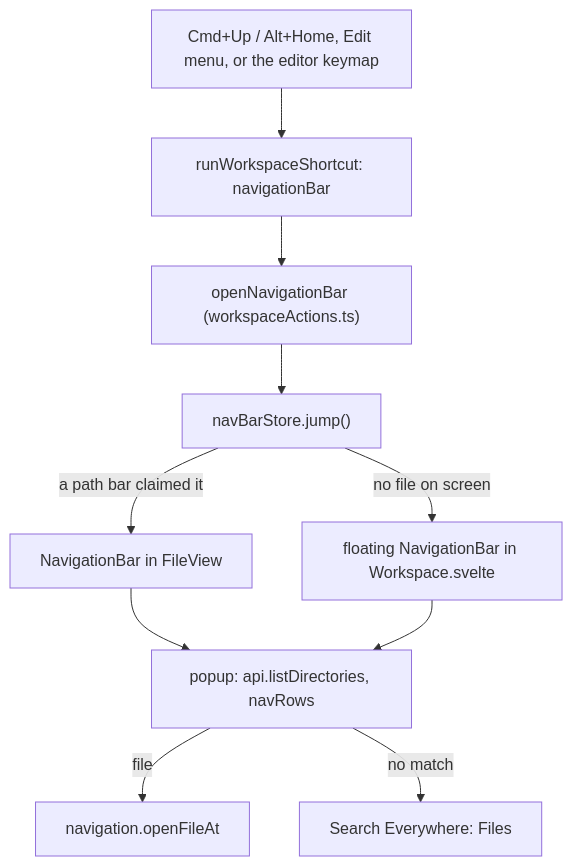
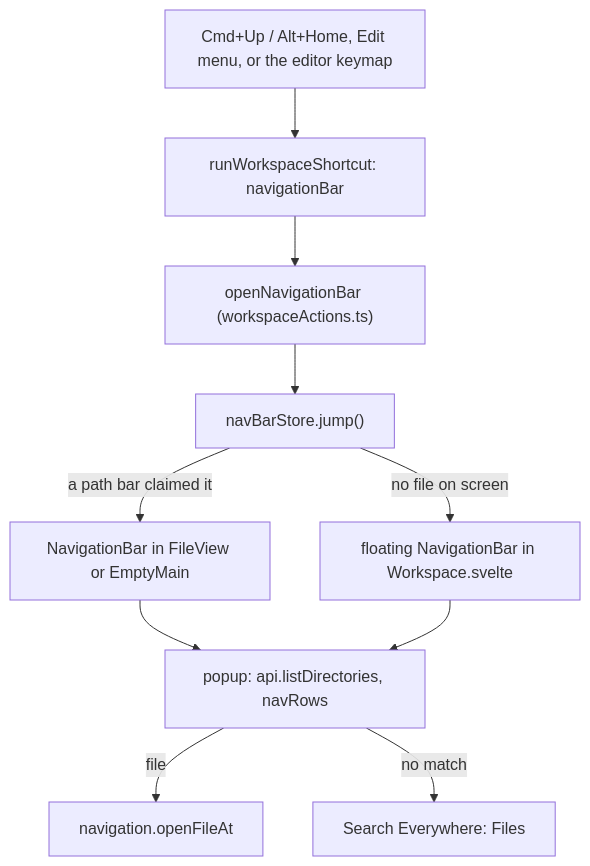
One commit to shibbirweb/git-manager changed the diagram in docs/wiki/developer/How-the-Navigation-Bar-Works.md. Above: the diagram before and after it, drawn with Mermaid. The commit also changed other lines of this file and 6 other files, not shown here.

Commit message:
feat:[GM-8] show the Navigation Bar on the welcome screen of an open project

````diff
--- a/docs/wiki/developer/How-the-Navigation-Bar-Works.md
+++ b/docs/wiki/developer/How-the-Navigation-Bar-Works.md
@@ -11,12 +11,12 @@
 ```mermaid
 flowchart TD
   Key["Cmd+Up / Alt+Home, Edit menu, or the editor keymap"] --> Run["runWorkspaceShortcut: navigationBar"]
   Run --> Open["openNavigationBar (workspaceActions.ts)"]
   Open --> Jump["navBarStore.jump()"]
-  Jump -->|"a path bar claimed it"| Inline["NavigationBar in FileView"]
+  Jump -->|"a path bar claimed it"| Inline["NavigationBar in FileView or EmptyMain"]
   Jump -->|"no file on screen"| Floating["floating NavigationBar in Workspace.svelte"]
   Inline --> Popup["popup: api.listDirectories, navRows"]
   Floating --> Popup
   Popup -->|file| OpenFile["navigation.openFileAt"]
   Popup -->|"no match"| Search["Search Everywhere: Files"]
 ```
````
